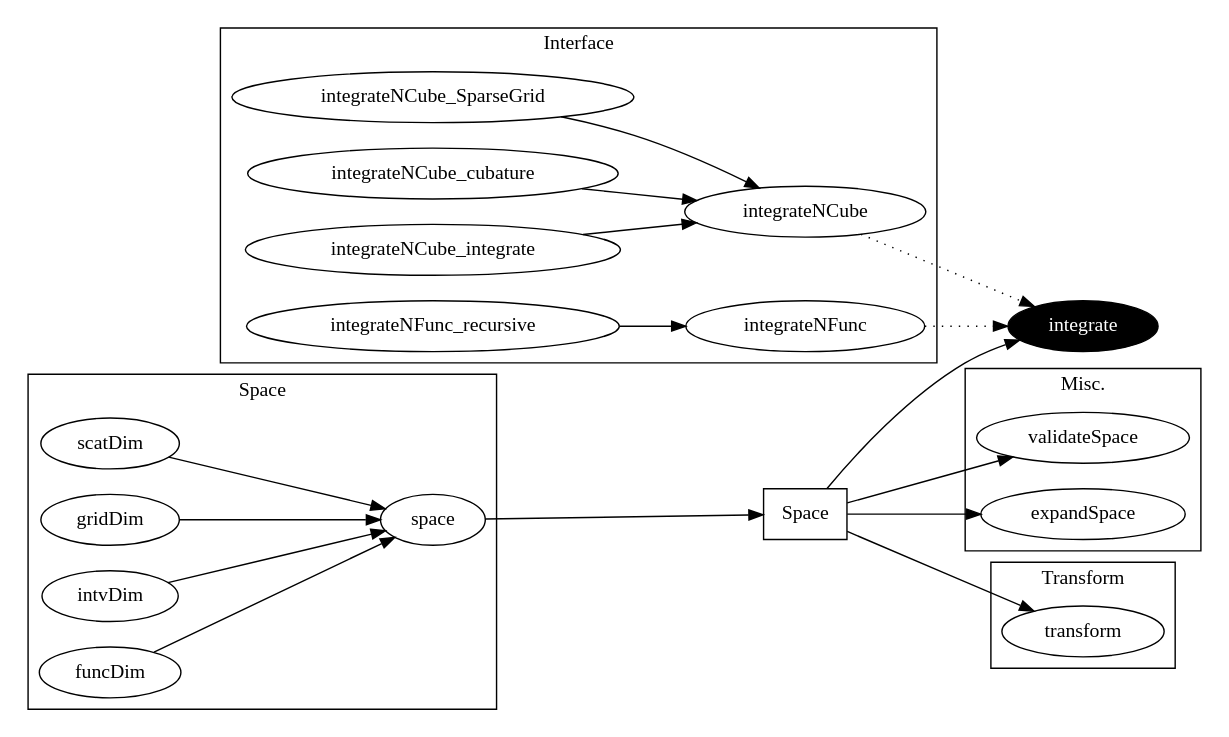
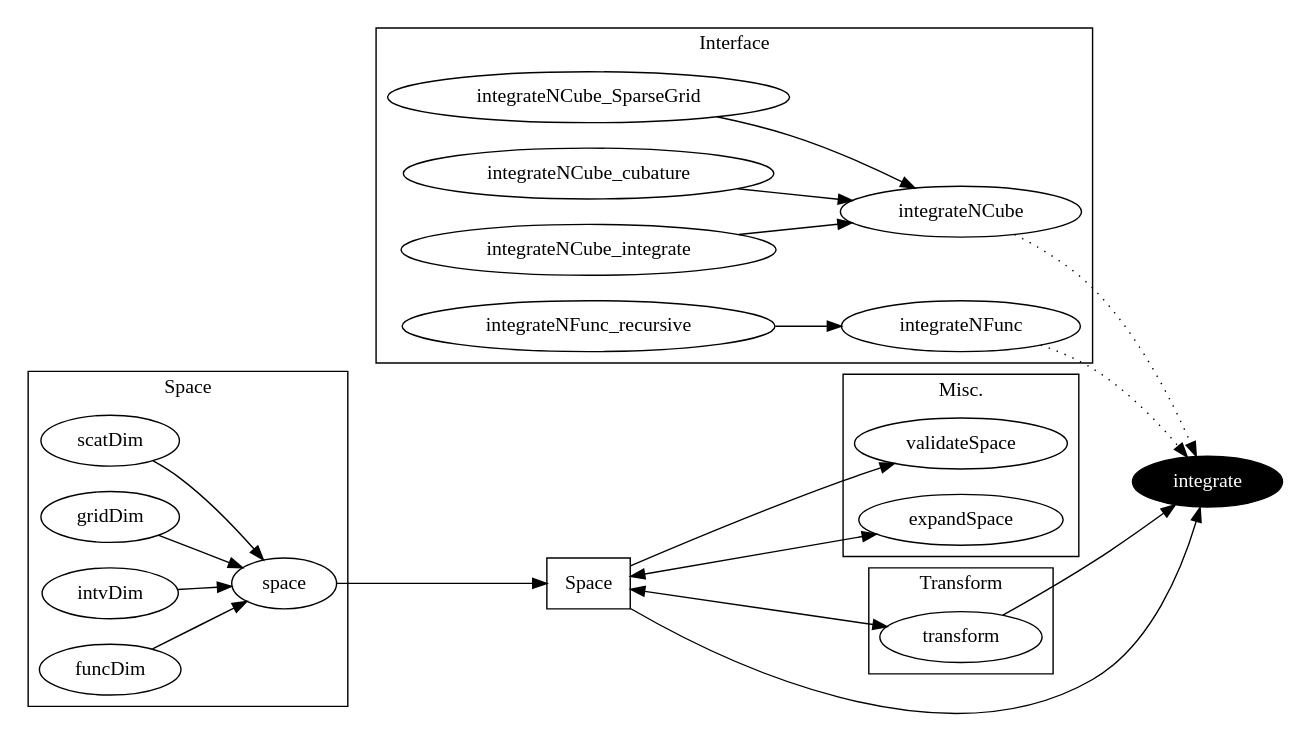
One commit to arappold/docopulae changed the diagram in misc/nint.dot. Above: the diagram before and after it, drawn with Graphviz. The commit also changed 2 other files, not shown here.

Commit message:
bug fix for funcDim return value handling; graph update

```diff
--- a/misc/nint.dot
+++ b/misc/nint.dot
@@ -1,40 +1,42 @@
 digraph {
     rankdir = LR;
     Space [shape=box];
 
     subgraph cluster_space {
         label = "Space";
         fontname = bold;
         {scatDim; gridDim; intvDim; funcDim} -> space;
     }
 
     space -> Space;
 
     subgraph cluster_space_misc {
         label = "Misc.";
         fontname = bold;
         validateSpace;
         expandSpace;
     }
 
-    Space -> {validateSpace; expandSpace};
+    Space -> validateSpace;
+    Space -> expandSpace [dir=both];
 
     subgraph cluster_space_transform {
         label = "Transform";
         fontname = bold;
         transform;
     }
 
-    Space -> transform;
+    Space -> transform [dir=both];
 
     subgraph cluster_interface {
         label = "Interface";
         fontname = bold;
         {integrateNCube_SparseGrid; integrateNCube_cubature; integrateNCube_integrate} -> integrateNCube;
         integrateNFunc_recursive -> integrateNFunc;
     }
 
     integrate [style=filled; fillcolor=black; fontcolor=white, fontname=bold];
     Space -> integrate;
+    transform -> integrate;
     {integrateNCube; integrateNFunc} -> integrate [style=dotted];
 }
```
